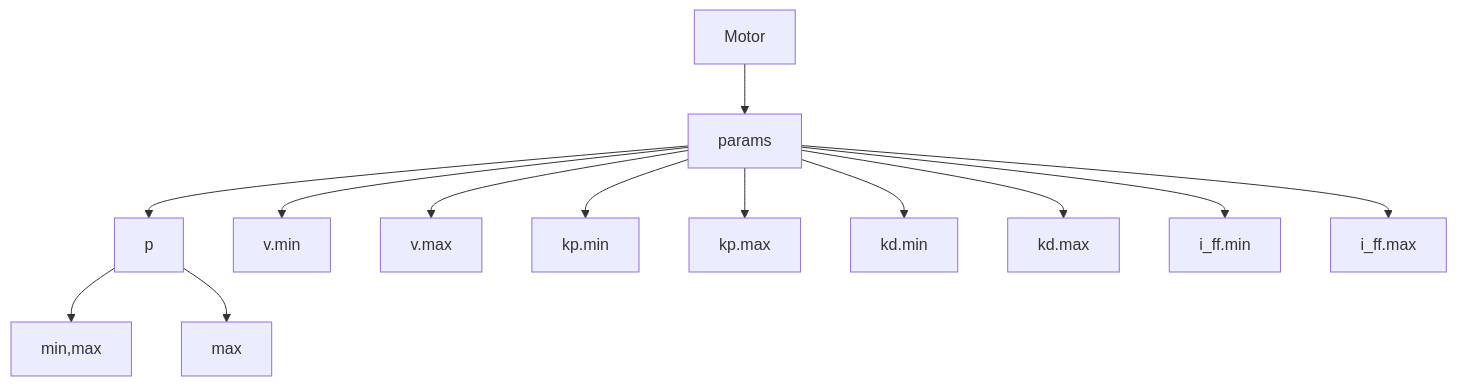
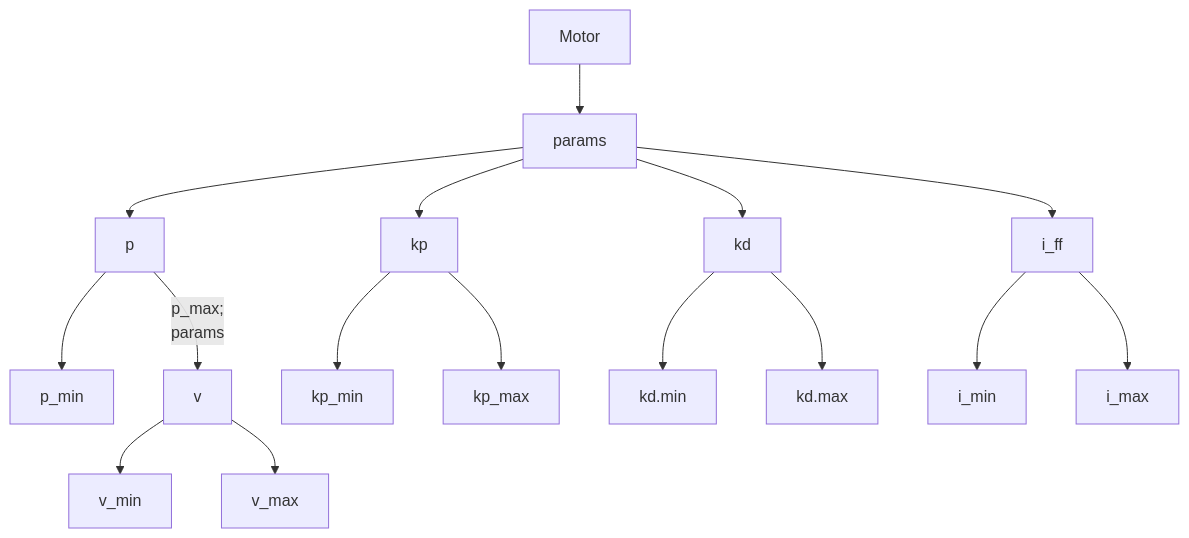
One commit to NDHANA94/hyperdog.AI-microROS-workspace changed the diagram in README.md. Above: the diagram before and after it, drawn with Mermaid.

````diff
--- a/README.md
+++ b/README.md
@@ -13,16 +13,22 @@
 ```mermaid
 graph TD;
     Motor-->params;
-    params-->p-->min,max;
-    p-->max;
-    params-->v.min;
-    params-->v.max;
-    params-->kp.min;
-    params-->kp.max;
-    params-->kd.min;
-    params-->kd.max;
-    params-->i_ff.min;
-    params-->i_ff.max;
+    params-->p;
+    p-->p_min;
+    p--p_max;
+    params-->v;
+    v-->v_min;
+    v-->v_max;
+    params-->kp;
+    kp-->kp_min;
+    kp-->kp_max;
+    params-->kd;
+    kd-->kd.min;
+    kd-->kd.max;
+    params-->i_ff;
+    i_ff-->i_min;
+    i_ff-->i_max;
+
 
     ;
 ```
````
